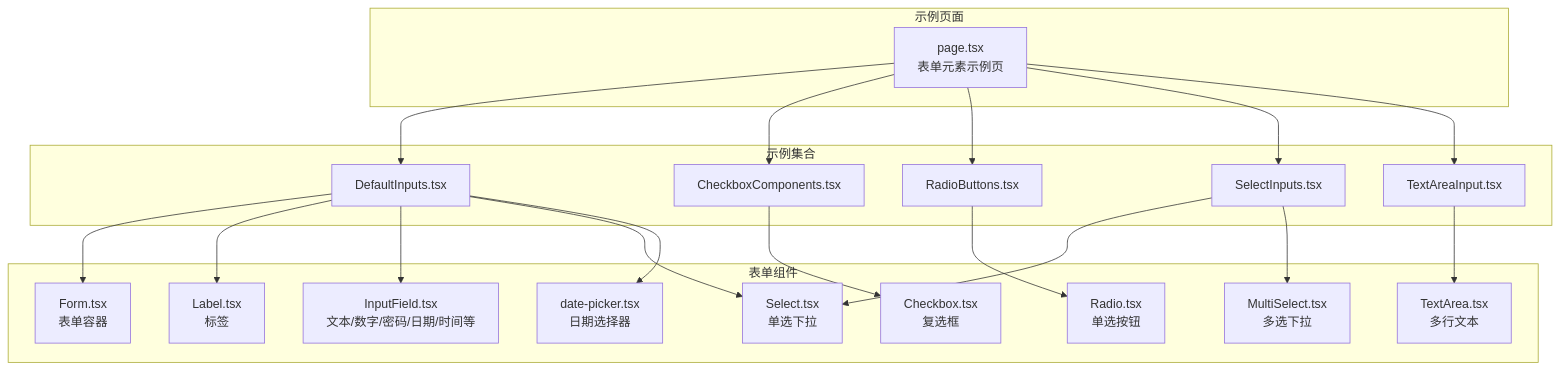
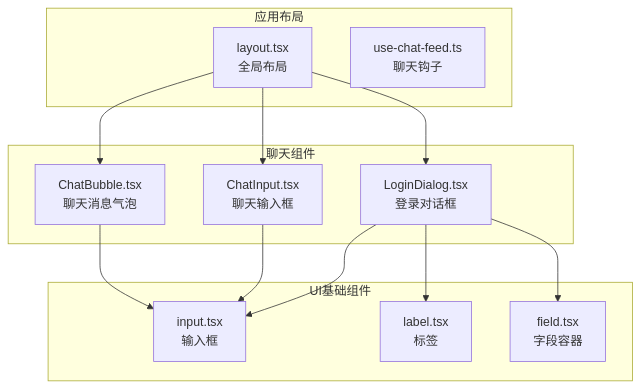
The first of 5 diagrams in .qoder/repowiki/zh/content/表单处理系统/表单处理系统.md (HAOFUYANG/nextjs-admin), drawn with Mermaid before and after one commit. The commit also changed other lines of this file and 36 other files, not shown here.

````diff
--- a/.qoder/repowiki/zh/content/表单处理系统/表单处理系统.md
+++ b/.qoder/repowiki/zh/content/表单处理系统/表单处理系统.md
@@ -43,39 +47,25 @@
 ```mermaid
 graph TB
-subgraph "示例页面"
-P["page.tsx<br/>表单元素示例页"]
+subgraph "聊天组件"
+CB["ChatBubble.tsx<br/>聊天消息气泡"]
+CI["ChatInput.tsx<br/>聊天输入框"]
+LD["LoginDialog.tsx<br/>登录对话框"]
 end
-subgraph "表单组件"
-F["Form.tsx<br/>表单容器"]
-L["Label.tsx<br/>标签"]
-I["InputField.tsx<br/>文本/数字/密码/日期/时间等"]
-T["TextArea.tsx<br/>多行文本"]
-S["Select.tsx<br/>单选下拉"]
-MS["MultiSelect.tsx<br/>多选下拉"]
-D["date-picker.tsx<br/>日期选择器"]
-CB["Checkbox.tsx<br/>复选框"]
-RB["Radio.tsx<br/>单选按钮"]
+subgraph "UI基础组件"
+UI["input.tsx<br/>输入框"]
+UL["label.tsx<br/>标签"]
+UF["field.tsx<br/>字段容器"]
 end
-subgraph "示例集合"
-DI["DefaultInputs.tsx"]
-DC["CheckboxComponents.tsx"]
-DR["RadioButtons.tsx"]
-DS["SelectInputs.tsx"]
-DT["TextAreaInput.tsx"]
+subgraph "应用布局"
+LAYOUT["layout.tsx<br/>全局布局"]
+HOOKS["use-chat-feed.ts<br/>聊天钩子"]
 end
-P --> DI
-P --> DC
-P --> DR
-P --> DS
-P --> DT
-DI --> F
-DI --> L
-DI --> I
-DI --> S
-DI --> D
-DC --> CB
-DR --> RB
-DS --> S
-DS --> MS
-DT --> T
+LAYOUT --> CB
+LAYOUT --> CI
+LAYOUT --> LD
+CB --> UI
+CI --> UI
+LD --> UI
+LD --> UL
+LD --> UF
 ```
````
